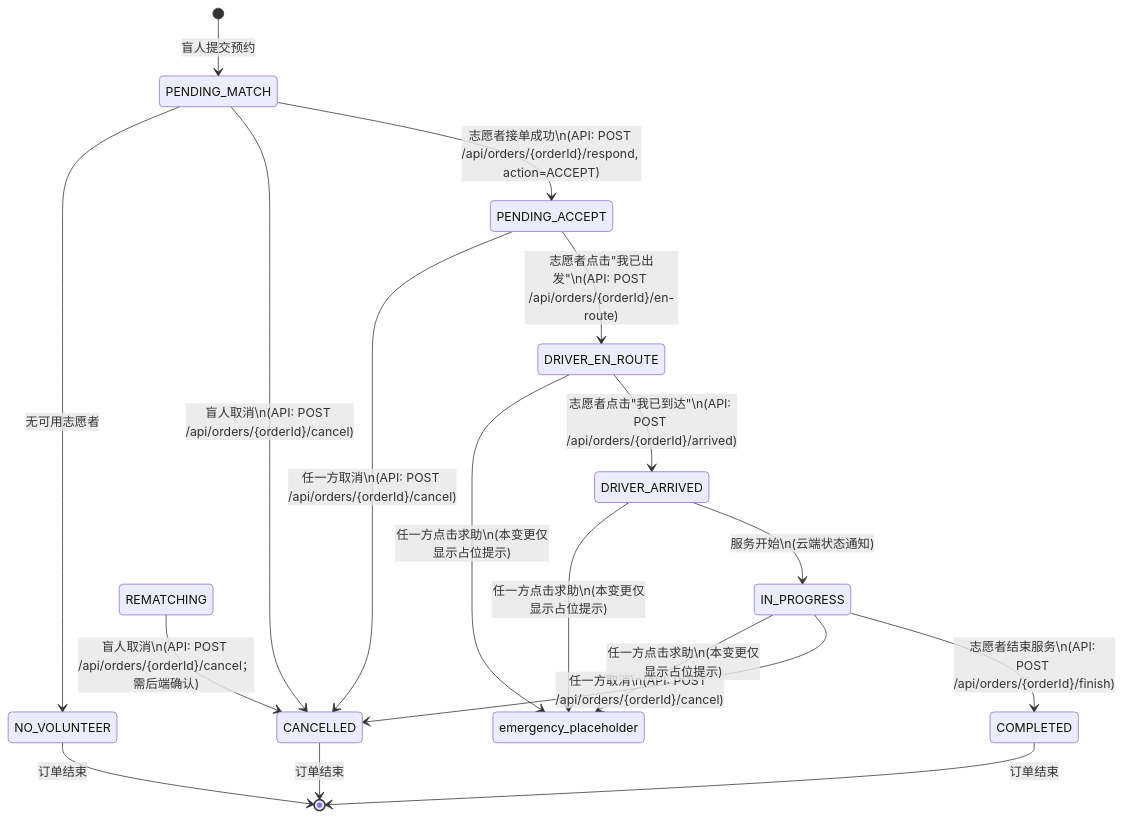
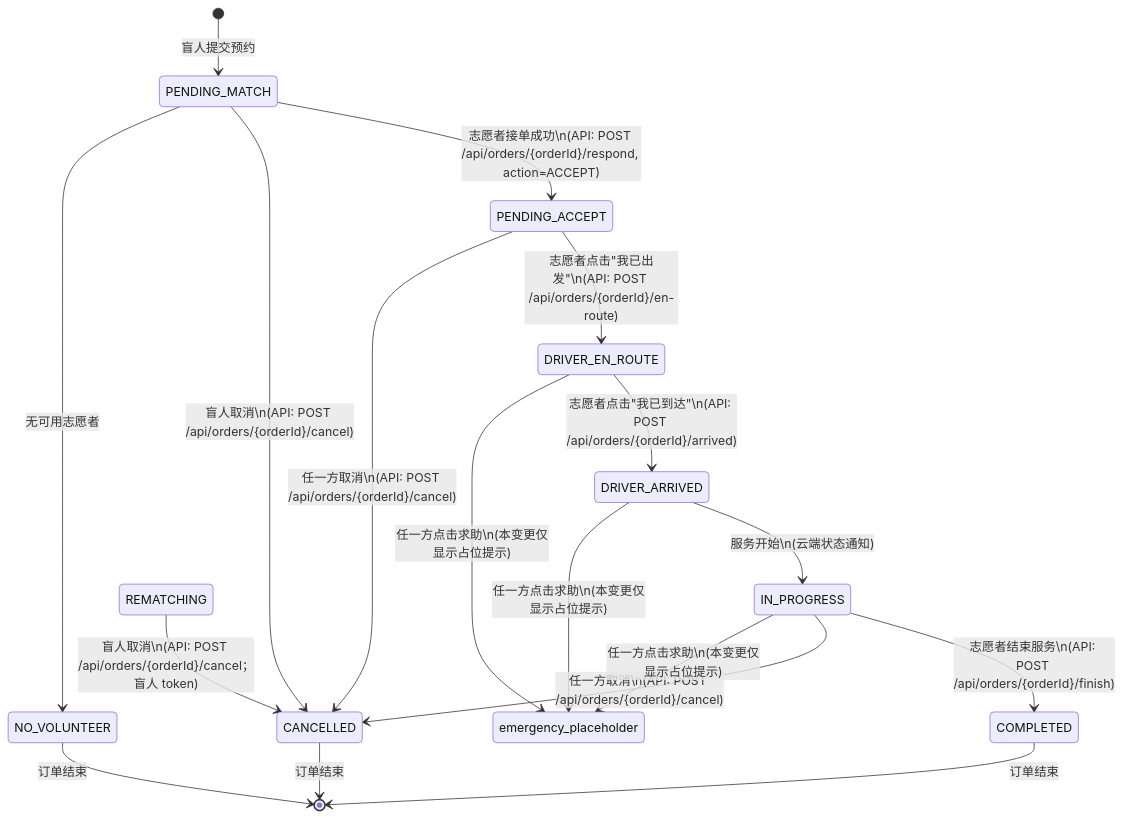
Before and after one commit to Jayden23018/blind-run-ios: the second of 7 diagrams in docs/04-user-flows-and-state-machine.md, drawn with Mermaid. The commit also changed other lines of this file and 15 other files, not shown here.

Commit message:
Document rematching cancellation flow

````diff
--- a/docs/04-user-flows-and-state-machine.md
+++ b/docs/04-user-flows-and-state-machine.md
@@ -73,26 +73,26 @@
 ```mermaid
 stateDiagram-v2
     [*] --> PENDING_MATCH: 盲人提交预约
 
     PENDING_MATCH --> PENDING_ACCEPT: 志愿者接单成功\n(API: POST /api/orders/{orderId}/respond, action=ACCEPT)
     PENDING_MATCH --> CANCELLED: 盲人取消\n(API: POST /api/orders/{orderId}/cancel)
     PENDING_MATCH --> NO_VOLUNTEER: 无可用志愿者
 
     PENDING_ACCEPT --> DRIVER_EN_ROUTE: 志愿者点击"我已出发"\n(API: POST /api/orders/{orderId}/en-route)
     PENDING_ACCEPT --> CANCELLED: 任一方取消\n(API: POST /api/orders/{orderId}/cancel)
 
     DRIVER_EN_ROUTE --> DRIVER_ARRIVED: 志愿者点击"我已到达"\n(API: POST /api/orders/{orderId}/arrived)
     DRIVER_EN_ROUTE --> emergency_placeholder: 任一方点击求助\n(本变更仅显示占位提示)
 
     DRIVER_ARRIVED --> IN_PROGRESS: 服务开始\n(云端状态通知)
     DRIVER_ARRIVED --> emergency_placeholder: 任一方点击求助\n(本变更仅显示占位提示)
 
     IN_PROGRESS --> COMPLETED: 志愿者结束服务\n(API: POST /api/orders/{orderId}/finish)
     IN_PROGRESS --> CANCELLED: 任一方取消\n(API: POST /api/orders/{orderId}/cancel)
     IN_PROGRESS --> emergency_placeholder: 任一方点击求助\n(本变更仅显示占位提示)
-    REMATCHING --> CANCELLED: 盲人取消\n(API: POST /api/orders/{orderId}/cancel；需后端确认)
+    REMATCHING --> CANCELLED: 盲人取消\n(API: POST /api/orders/{orderId}/cancel；盲人 token)
 
     COMPLETED --> [*]: 订单结束
     CANCELLED --> [*]: 订单结束
     NO_VOLUNTEER --> [*]: 订单结束
 ```
````
